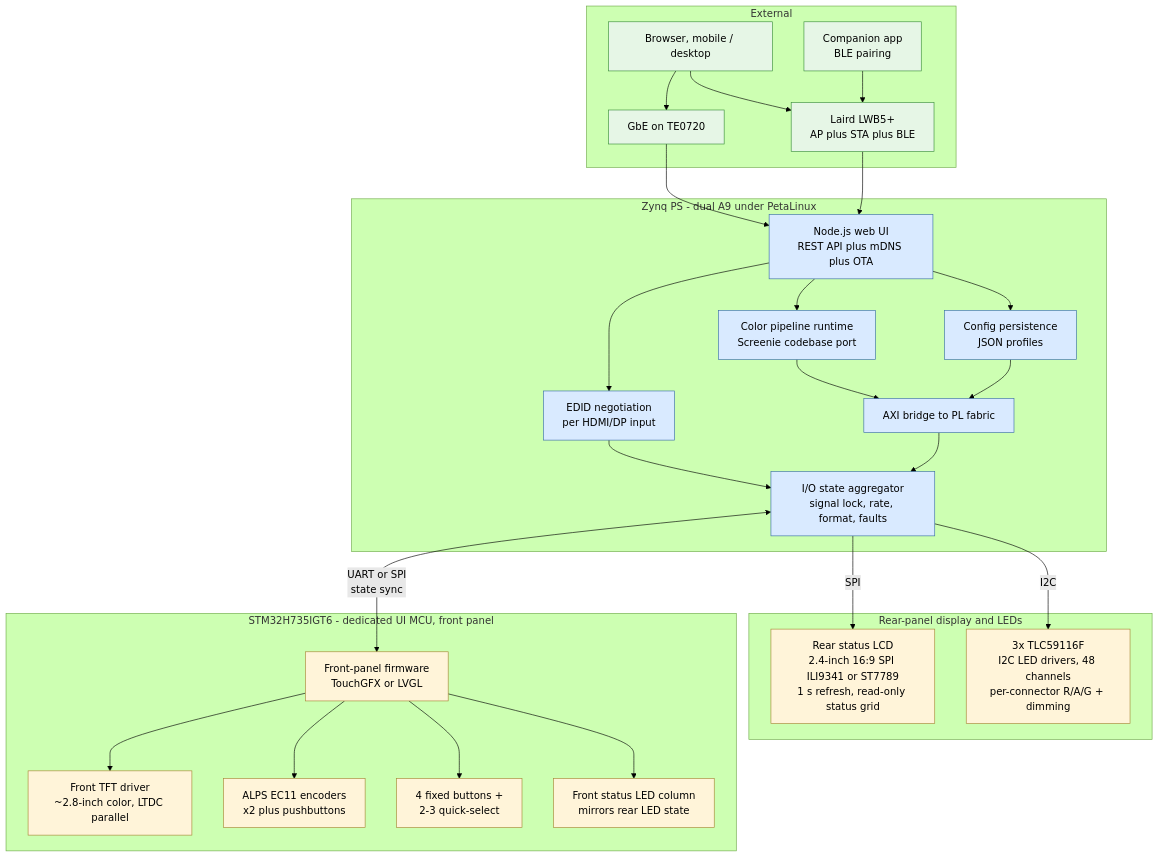
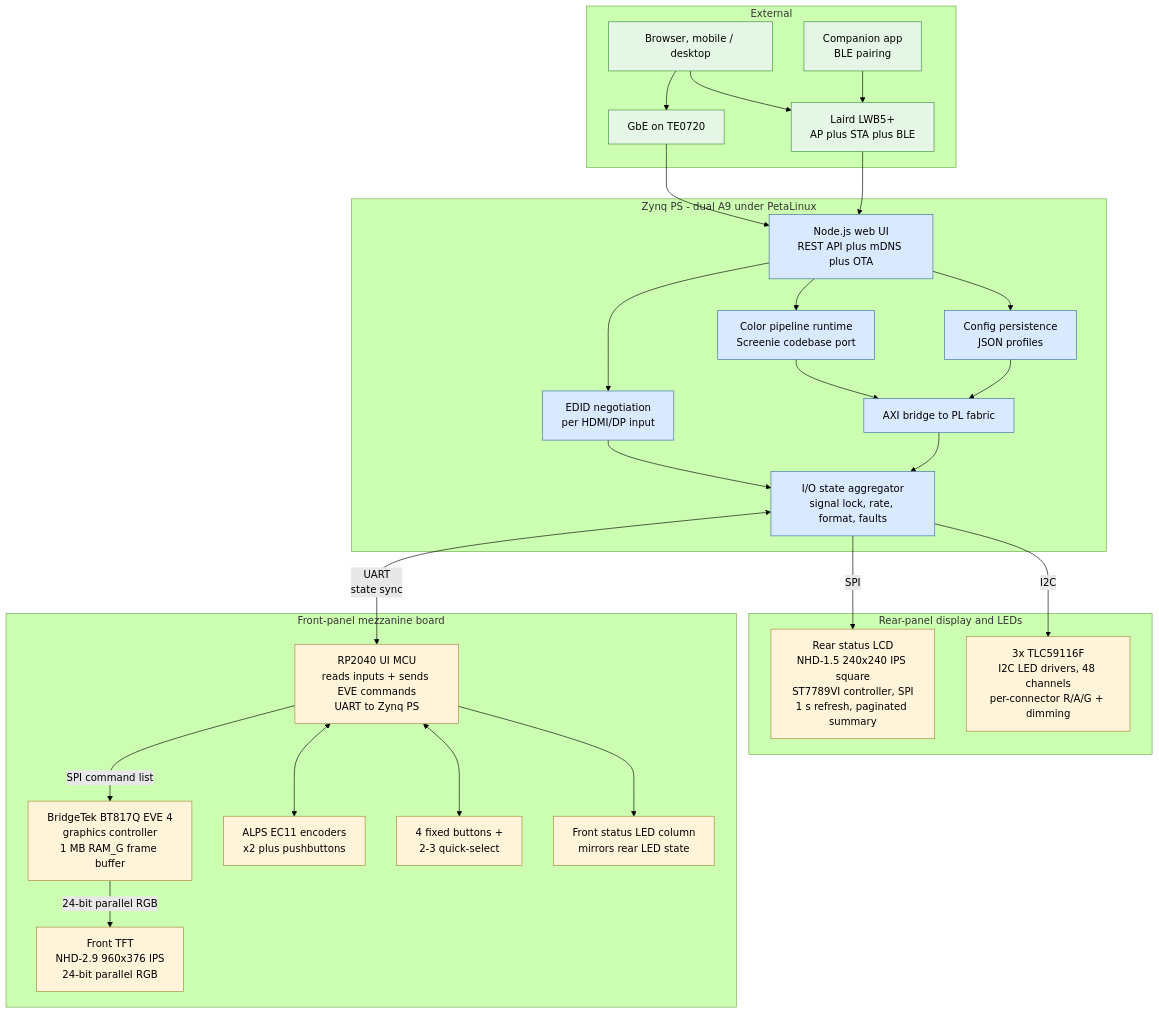
The third of 3 diagrams in docs/signal-flow.md (ibkickinit/schindler-clone), drawn with Mermaid (forest theme) before and after one commit. The commit also changed other lines of this file and 4 other files, not shown here.

First line of the commit message:
Front-panel mezzanine architecture: RP2040 + BT817Q; retire STM32H735

````diff
--- a/docs/signal-flow.md
+++ b/docs/signal-flow.md
@@ -239,56 +239,58 @@
 ```mermaid
 flowchart TB
     classDef ps fill:#d9eaff,stroke:#3a6ea5,color:#000
     classDef mcu fill:#fff4d9,stroke:#a58634,color:#000
     classDef ext fill:#e6f6e6,stroke:#3a8e3a,color:#000
 
     subgraph ZYNQ[Zynq PS - dual A9 under PetaLinux]
         WEB[Node.js web UI<br/>REST API plus mDNS plus OTA]:::ps
         EDID[EDID negotiation<br/>per HDMI/DP input]:::ps
         CONFIG[Config persistence<br/>JSON profiles]:::ps
         COLOR_JS[Color pipeline runtime<br/>Screenie codebase port]:::ps
         STATE[I/O state aggregator<br/>signal lock, rate, format, faults]:::ps
         PL_BRIDGE[AXI bridge to PL fabric]:::ps
     end
 
     subgraph REAR[Rear-panel display and LEDs]
-        REAR_LCD[Rear status LCD<br/>2.4-inch 16:9 SPI ILI9341 or ST7789<br/>1 s refresh, read-only status grid]:::mcu
+        REAR_LCD[Rear status LCD<br/>NHD-1.5 240x240 IPS square<br/>ST7789VI controller, SPI<br/>1 s refresh, paginated summary]:::mcu
         TLC_LEDS[3x TLC59116F<br/>I2C LED drivers, 48 channels<br/>per-connector R/A/G + dimming]:::mcu
     end
 
-    subgraph UIMCU[STM32H735IGT6 - dedicated UI MCU, front panel]
-        TFT_DRV[Front TFT driver<br/>~2.8-inch color, LTDC parallel]:::mcu
+    subgraph UIMEZ[Front-panel mezzanine board]
+        RP2040_UI[RP2040 UI MCU<br/>reads inputs + sends EVE commands<br/>UART to Zynq PS]:::mcu
+        BT817Q[BridgeTek BT817Q EVE 4<br/>graphics controller<br/>1 MB RAM_G frame buffer]:::mcu
+        TFT_DRV[Front TFT<br/>NHD-2.9 960x376 IPS<br/>24-bit parallel RGB]:::mcu
         ENC[ALPS EC11 encoders<br/>x2 plus pushbuttons]:::mcu
         BTN[4 fixed buttons +<br/>2-3 quick-select]:::mcu
         FP_LED[Front status LED column<br/>mirrors rear LED state]:::mcu
-        UI_FW[Front-panel firmware<br/>TouchGFX or LVGL]:::mcu
     end
 
     subgraph EXTERNAL[External]
         BROWSER[Browser, mobile / desktop]:::ext
         WIFI[Laird LWB5+<br/>AP plus STA plus BLE]:::ext
         GBE[GbE on TE0720]:::ext
         BLE_APP[Companion app<br/>BLE pairing]:::ext
     end
 
     BROWSER --> GBE --> WEB
     BROWSER --> WIFI --> WEB
     BLE_APP --> WIFI
 
     WEB --> EDID
     WEB --> CONFIG
     WEB --> COLOR_JS
     COLOR_JS --> PL_BRIDGE
     CONFIG --> PL_BRIDGE
 
     STATE -->|SPI| REAR_LCD
     STATE -->|I2C| TLC_LEDS
-    STATE <-->|UART or SPI<br/>state sync| UI_FW
+    STATE <-->|UART<br/>state sync| RP2040_UI
     EDID --> STATE
     PL_BRIDGE --> STATE
 
-    UI_FW --> TFT_DRV
-    UI_FW --> ENC
-    UI_FW --> BTN
-    UI_FW --> FP_LED
+    RP2040_UI <--> ENC
+    RP2040_UI <--> BTN
+    RP2040_UI --> FP_LED
+    RP2040_UI -->|SPI command list| BT817Q
+    BT817Q -->|24-bit parallel RGB| TFT_DRV
 ```
````
